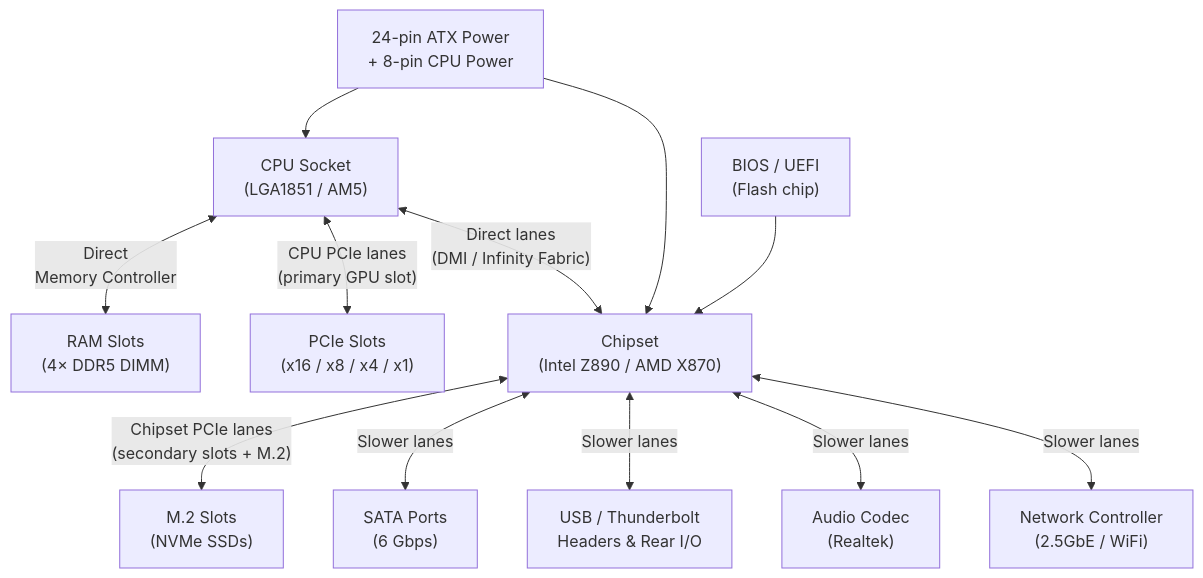
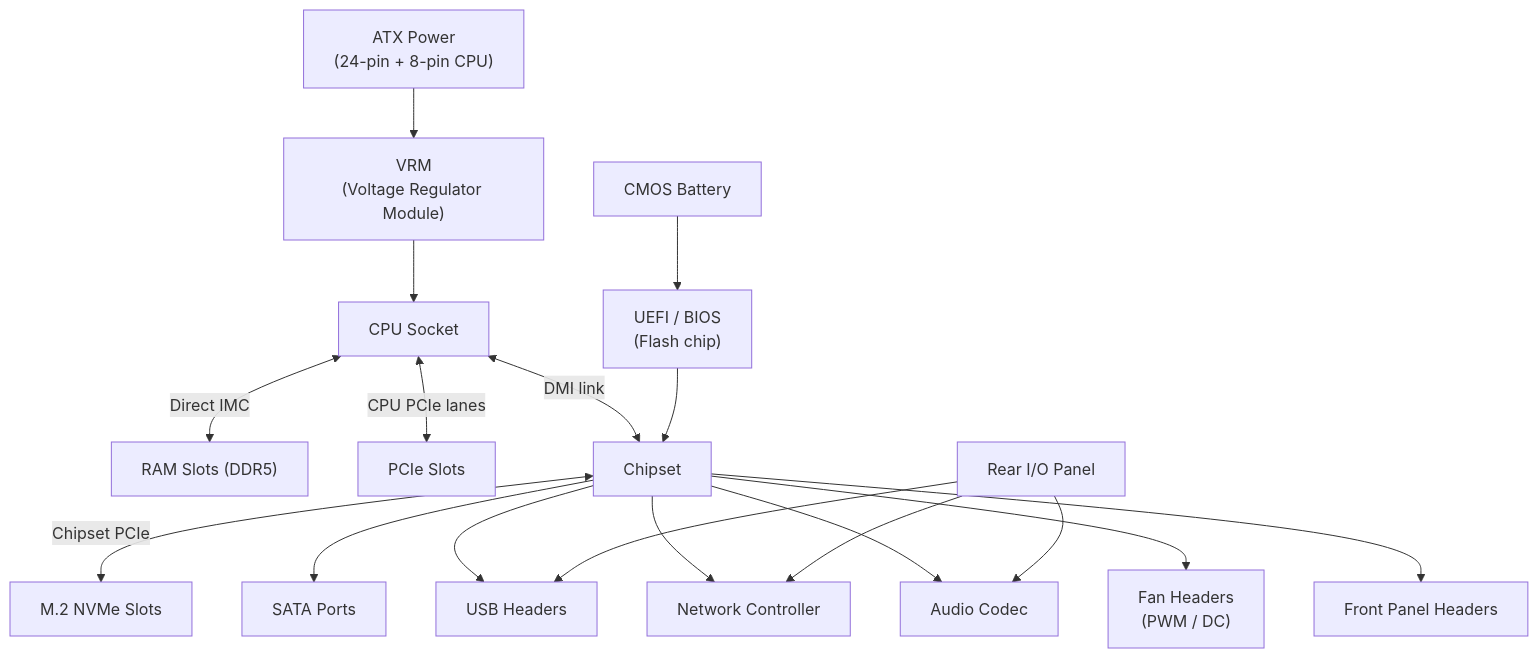
Before and after one commit to MatthewTaormina/edu_plan: the first of 2 diagrams in docusaurus/docs/domains/foundations/hardware_fundamentals/motherboard/index.mdx, drawn with Mermaid. The commit also changed other lines of this file and 3 other files, not shown here.

````diff
--- a/docusaurus/docs/domains/foundations/hardware_fundamentals/motherboard/index.mdx
+++ b/docusaurus/docs/domains/foundations/hardware_fundamentals/motherboard/index.mdx
@@ -14,23 +24,29 @@
 ```mermaid
 graph TD
-    CPU_SOCK["CPU Socket\n(LGA1851 / AM5)"]
-    RAM_SLOTS["RAM Slots\n(4× DDR5 DIMM)"]
-    PCIE_SLOTS["PCIe Slots\n(x16 / x8 / x4 / x1)"]
-    M2["M.2 Slots\n(NVMe SSDs)"]
-    CHIPSET["Chipset\n(Intel Z890 / AMD X870)"]
-    BIOS["BIOS / UEFI\n(Flash chip)"]
-    POWER["24-pin ATX Power\n+ 8-pin CPU Power"]
-    USB["USB / Thunderbolt\nHeaders & Rear I/O"]
-    SATA["SATA Ports\n(6 Gbps)"]
-    AUDIO["Audio Codec\n(Realtek)"]
-    NIC["Network Controller\n(2.5GbE / WiFi)"]
+    CPU_SOCK["CPU Socket"]
+    RAM_SLOTS["RAM Slots (DDR5)"]
+    PCIE["PCIe Slots"]
+    M2["M.2 NVMe Slots"]
+    CHIPSET["Chipset"]
+    VRM["VRM\n(Voltage Regulator Module)"]
+    BIOS["UEFI / BIOS\n(Flash chip)"]
+    POWER["ATX Power\n(24-pin + 8-pin CPU)"]
+    USB_H["USB Headers"]
+    SATA["SATA Ports"]
+    NIC["Network Controller"]
+    AUDIO["Audio Codec"]
+    CMOS["CMOS Battery"]
+    FAN["Fan Headers\n(PWM / DC)"]
+    FRONT_IO["Front Panel Headers"]
+    REAR_IO["Rear I/O Panel"]
 
-    CPU_SOCK <-->|"Direct lanes\n(DMI / Infinity Fabric)"| CHIPSET
-    CPU_SOCK <-->|"Direct\nMemory Controller"| RAM_SLOTS
-    CPU_SOCK <-->|"CPU PCIe lanes\n(primary GPU slot)"| PCIE_SLOTS
-    CHIPSET <-->|"Chipset PCIe lanes\n(secondary slots + M.2)"| M2
-    CHIPSET <-->|"Slower lanes"| SATA & USB & AUDIO & NIC
-    POWER --> CPU_SOCK
-    POWER --> CHIPSET
+    POWER --> VRM --> CPU_SOCK
+    CPU_SOCK <-->|"Direct IMC"| RAM_SLOTS
+    CPU_SOCK <-->|"CPU PCIe lanes"| PCIE
+    CPU_SOCK <-->|"DMI link"| CHIPSET
+    CHIPSET <-->|"Chipset PCIe"| M2
+    CHIPSET --> SATA & USB_H & NIC & AUDIO & FAN & FRONT_IO
     BIOS --> CHIPSET
+    CMOS --> BIOS
+    REAR_IO --> USB_H & NIC & AUDIO
 ```
````
